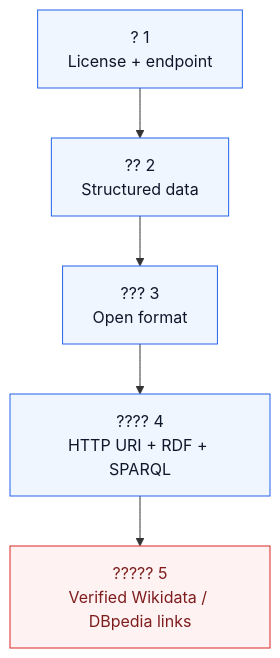
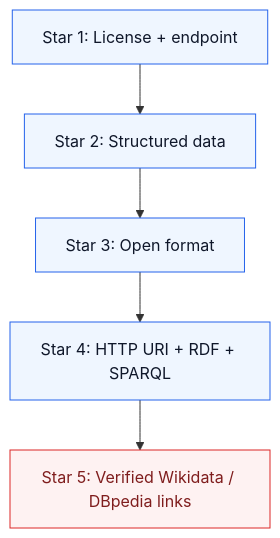
One commit to sutobode/Semanticweb changed the tenth of 10 diagrams in PROJECT_SPEC.md. Above: the diagram before and after it, drawn with Mermaid. The commit also changed other lines of this file, not shown here.

````diff
--- a/PROJECT_SPEC.md
+++ b/PROJECT_SPEC.md
@@ -2427,18 +2528,13 @@
 ```mermaid
 flowchart TD
     classDef star fill:#EFF6FF,stroke:#2563EB,color:#0F172A
     classDef link fill:#FEF2F2,stroke:#DC2626,color:#7F1D1D
 
-    S1["? 1
-License + endpoint"] --> S2["?? 2
-Structured data"]
-    S2 --> S3["??? 3
-Open format"]
-    S3 --> S4["???? 4
-HTTP URI + RDF + SPARQL"]
-    S4 --> S5["????? 5
-Verified Wikidata / DBpedia links"]
+    S1["Star 1: License + endpoint"] --> S2["Star 2: Structured data"]
+    S2 --> S3["Star 3: Open format"]
+    S3 --> S4["Star 4: HTTP URI + RDF + SPARQL"]
+    S4 --> S5["Star 5: Verified Wikidata / DBpedia links"]
 
     class S1,S2,S3,S4 star
     class S5 link
 ```
````
